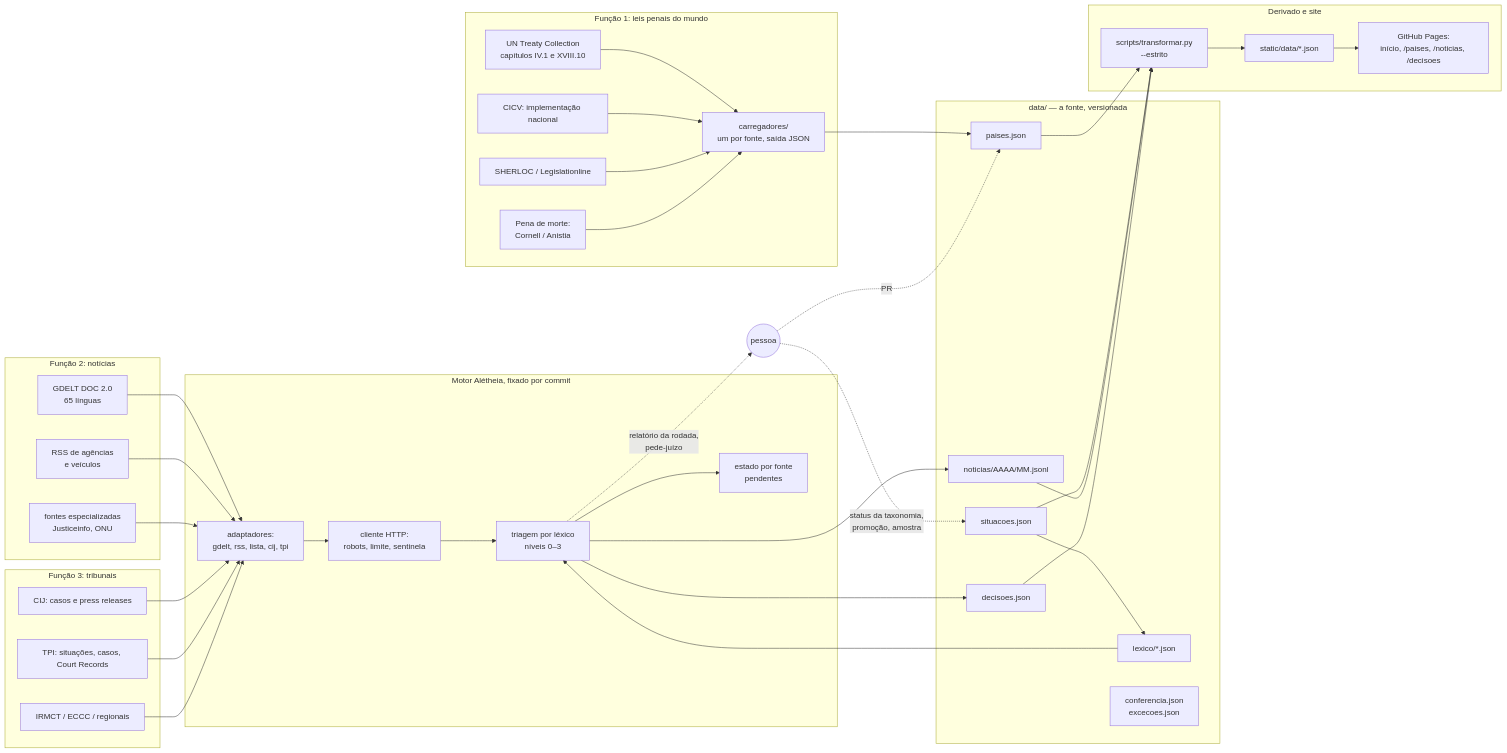
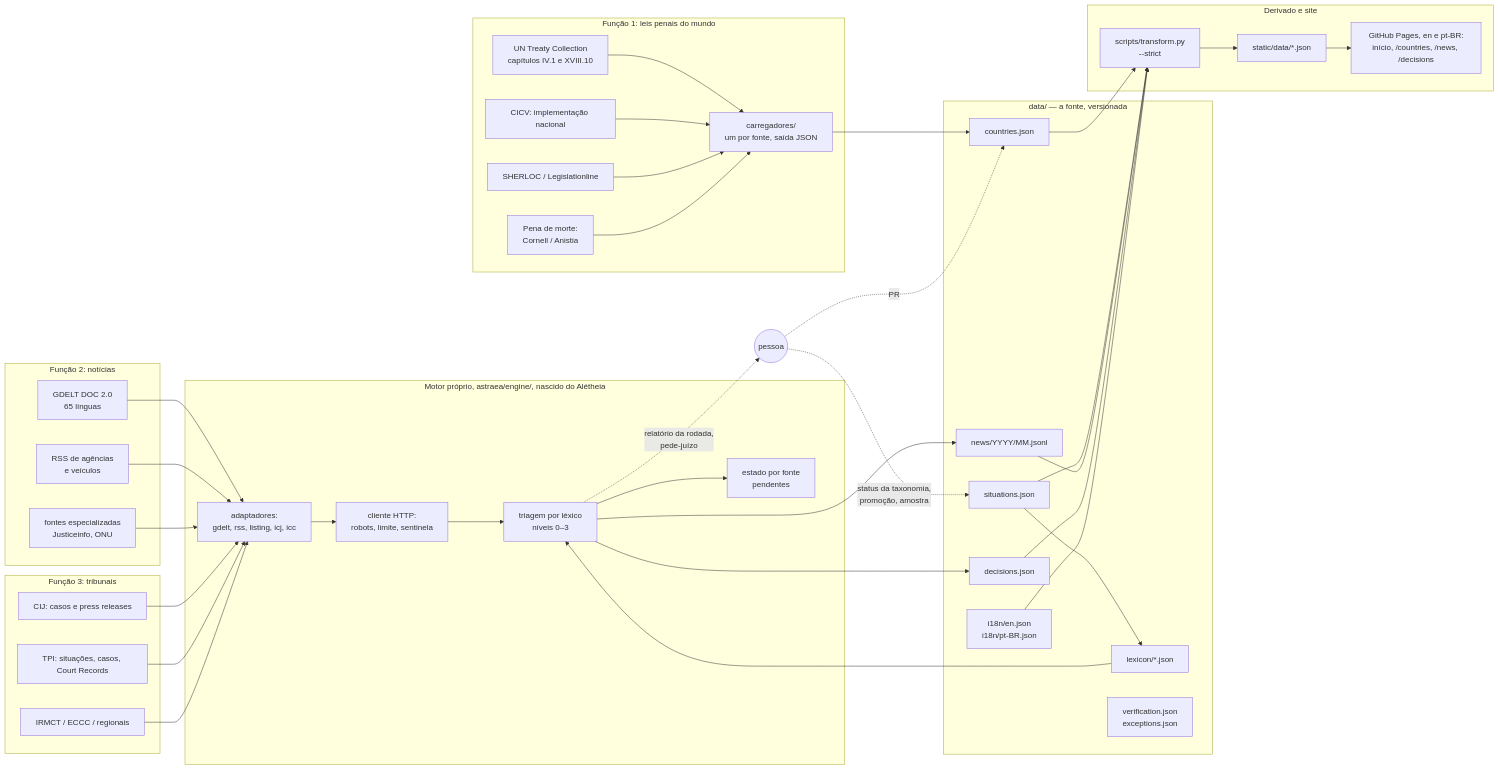
Before and after one commit to luccas-amorim/astraea: the diagram in docs/04-arquitetura.md, drawn with Mermaid. The commit also changed other lines of this file and 10 other files, not shown here.

````diff
--- a/docs/04-arquitetura.md
+++ b/docs/04-arquitetura.md
@@ -21,72 +21,74 @@
 ```mermaid
 flowchart LR
   subgraph F1[Função 1: leis penais do mundo]
     UNTC[UN Treaty Collection<br/>capítulos IV.1 e XVIII.10]
     CICV[CICV: implementação nacional]
     UNODC[SHERLOC / Legislationline]
     PM[Pena de morte:<br/>Cornell / Anistia]
     CARG[carregadores/<br/>um por fonte, saída JSON]
     UNTC --> CARG
     CICV --> CARG
     UNODC --> CARG
     PM --> CARG
   end
 
   subgraph F2[Função 2: notícias]
     GDELT[GDELT DOC 2.0<br/>65 línguas]
     RSS2[RSS de agências<br/>e veículos]
     ESP[fontes especializadas<br/>Justiceinfo, ONU]
   end
 
   subgraph F3[Função 3: tribunais]
     CIJ[CIJ: casos e press releases]
     TPI[TPI: situações, casos, Court Records]
     IRMCT[IRMCT / ECCC / regionais]
   end
 
-  subgraph MOTOR[Motor Alétheia, fixado por commit]
-    AD[adaptadores:<br/>gdelt, rss, lista, cij, tpi]
+  subgraph MOTOR[Motor próprio, astraea/engine/, nascido do Alétheia]
+    AD[adaptadores:<br/>gdelt, rss, listing, icj, icc]
     HTTP[cliente HTTP:<br/>robots, limite, sentinela]
     TRI[triagem por léxico<br/>níveis 0–3]
     EST[estado por fonte<br/>pendentes]
     AD --> HTTP --> TRI --> EST
   end
 
   GDELT --> AD
   RSS2 --> AD
   ESP --> AD
   CIJ --> AD
   TPI --> AD
   IRMCT --> AD
 
   subgraph DATA[data/ — a fonte, versionada]
-    P[paises.json]
-    S[situacoes.json]
-    N[noticias/AAAA/MM.jsonl]
-    D[decisoes.json]
-    L[lexico/*.json]
-    C[conferencia.json<br/>excecoes.json]
+    P[countries.json]
+    S[situations.json]
+    N[news/YYYY/MM.jsonl]
+    D[decisions.json]
+    L[lexicon/*.json]
+    C[verification.json<br/>exceptions.json]
+    I[i18n/en.json<br/>i18n/pt-BR.json]
   end
 
   CARG --> P
   TRI --> N
   TRI --> D
   S --> L
   L --> TRI
 
   subgraph SAIDA[Derivado e site]
-    T[scripts/transformar.py<br/>--estrito]
+    T[scripts/transform.py<br/>--strict]
     SD[static/data/*.json]
-    SITE[GitHub Pages:<br/>início, /paises, /noticias, /decisoes]
+    SITE[GitHub Pages, en e pt-BR:<br/>início, /countries, /news, /decisions]
     T --> SD --> SITE
   end
 
   P --> T
   S --> T
   N --> T
   D --> T
+  I --> T
 
   H((pessoa)) -. status da taxonomia,<br/>promoção, amostra .-> S
   H -. PR .-> P
   TRI -. relatório da rodada,<br/>pede-juízo .-> H
 ```
````
